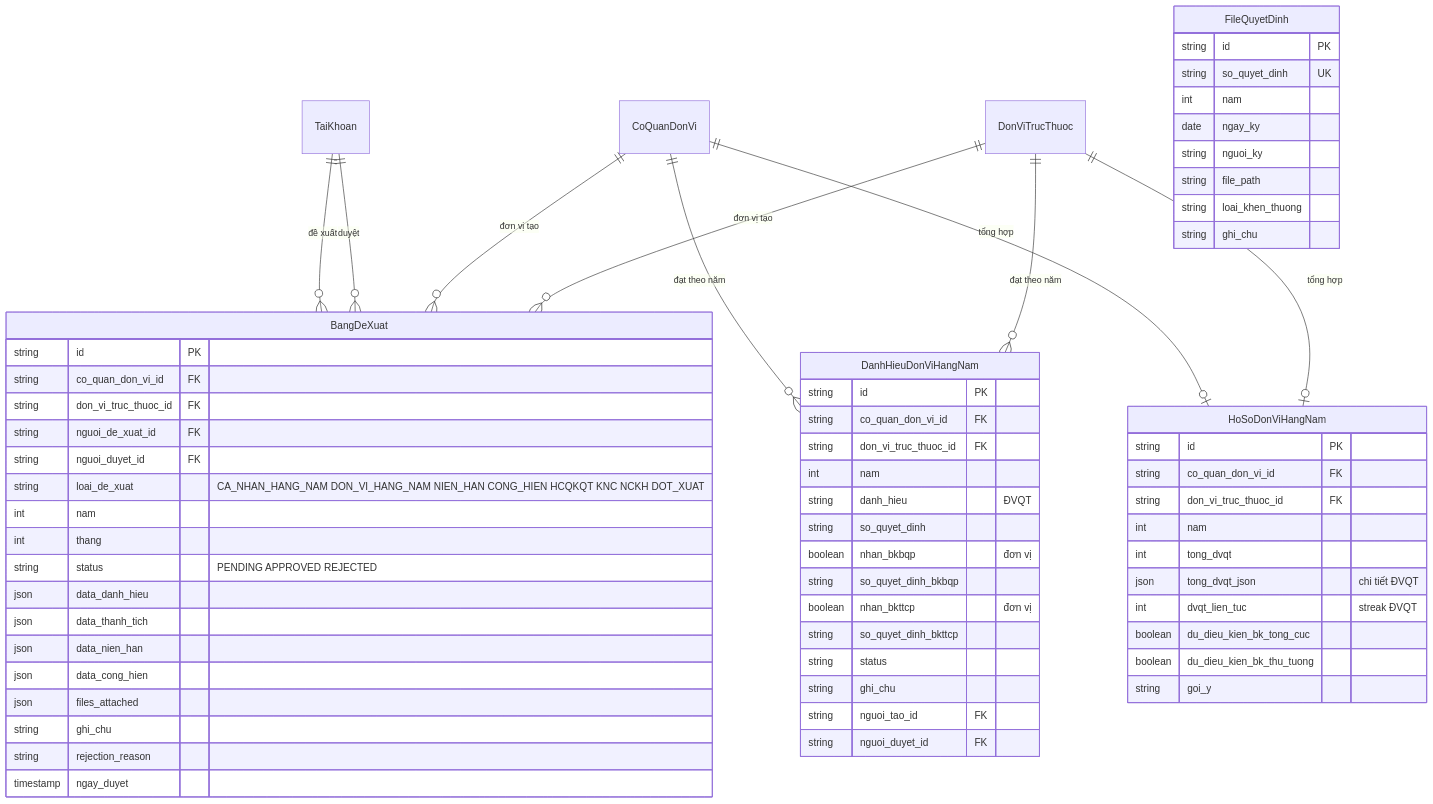
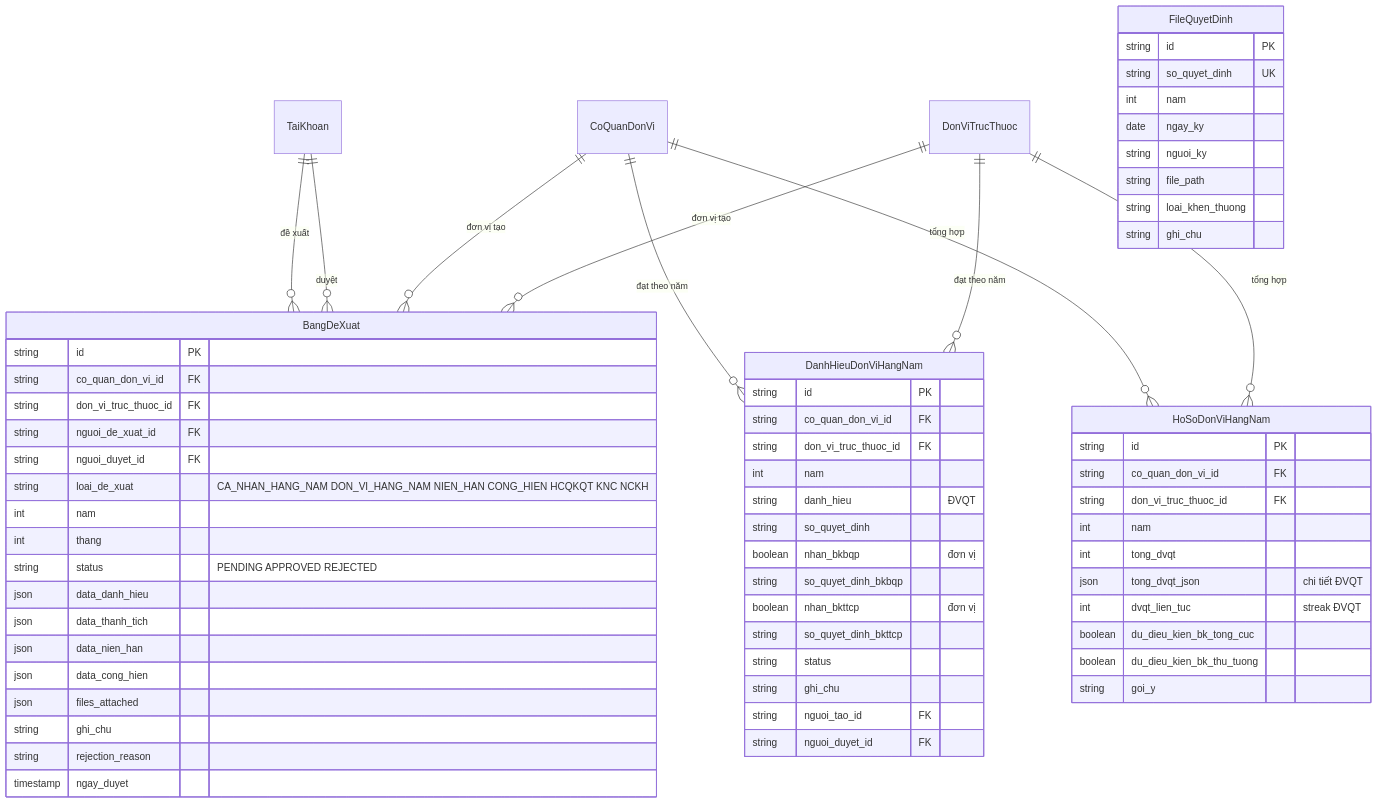
Before and after one commit to tranducbk/DATN_PM_QLKT: the fifth of 6 diagrams in docs/diagrams/06-erd.md, drawn with Mermaid. The commit also changed 29 other files, not shown here.

First line of the commit message:
Update CLAUDE.md with additional validation rules and introduce new database schema

````diff
--- a/docs/diagrams/06-erd.md
+++ b/docs/diagrams/06-erd.md
@@ -630,69 +630,69 @@
 ```mermaid
 erDiagram
     TaiKhoan ||--o{ BangDeXuat : "đề xuất"
     TaiKhoan ||--o{ BangDeXuat : "duyệt"
     CoQuanDonVi ||--o{ BangDeXuat : "đơn vị tạo"
     DonViTrucThuoc ||--o{ BangDeXuat : "đơn vị tạo"
     CoQuanDonVi ||--o{ DanhHieuDonViHangNam : "đạt theo năm"
     DonViTrucThuoc ||--o{ DanhHieuDonViHangNam : "đạt theo năm"
-    CoQuanDonVi ||--o| HoSoDonViHangNam : "tổng hợp"
-    DonViTrucThuoc ||--o| HoSoDonViHangNam : "tổng hợp"
+    CoQuanDonVi ||--o{ HoSoDonViHangNam : "tổng hợp"
+    DonViTrucThuoc ||--o{ HoSoDonViHangNam : "tổng hợp"
 
     BangDeXuat {
         string id PK
         string co_quan_don_vi_id FK
         string don_vi_truc_thuoc_id FK
         string nguoi_de_xuat_id FK
         string nguoi_duyet_id FK
-        string loai_de_xuat "CA_NHAN_HANG_NAM DON_VI_HANG_NAM NIEN_HAN CONG_HIEN HCQKQT KNC NCKH DOT_XUAT"
+        string loai_de_xuat "CA_NHAN_HANG_NAM DON_VI_HANG_NAM NIEN_HAN CONG_HIEN HCQKQT KNC NCKH"
         int nam
         int thang
         string status "PENDING APPROVED REJECTED"
         json data_danh_hieu
         json data_thanh_tich
         json data_nien_han
         json data_cong_hien
         json files_attached
         string ghi_chu
         string rejection_reason
         timestamp ngay_duyet
     }
     DanhHieuDonViHangNam {
         string id PK
         string co_quan_don_vi_id FK
         string don_vi_truc_thuoc_id FK
         int nam
         string danh_hieu "ĐVQT"
         string so_quyet_dinh
         boolean nhan_bkbqp "đơn vị"
         string so_quyet_dinh_bkbqp
         boolean nhan_bkttcp "đơn vị"
         string so_quyet_dinh_bkttcp
         string status
         string ghi_chu
         string nguoi_tao_id FK
         string nguoi_duyet_id FK
     }
     HoSoDonViHangNam {
         string id PK
         string co_quan_don_vi_id FK
         string don_vi_truc_thuoc_id FK
         int nam
         int tong_dvqt
         json tong_dvqt_json "chi tiết ĐVQT"
         int dvqt_lien_tuc "streak ĐVQT"
         boolean du_dieu_kien_bk_tong_cuc
         boolean du_dieu_kien_bk_thu_tuong
         string goi_y
     }
     FileQuyetDinh {
         string id PK
         string so_quyet_dinh UK
         int nam
         date ngay_ky
         string nguoi_ky
         string file_path
         string loai_khen_thuong
         string ghi_chu
     }
 ```
````
